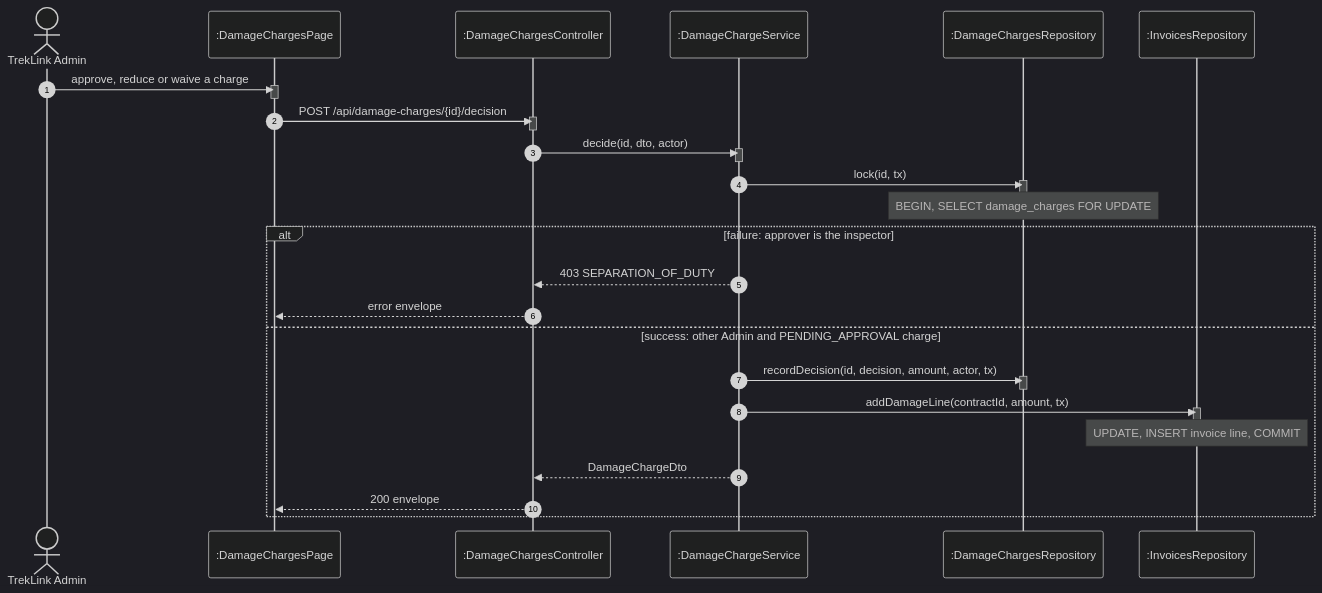
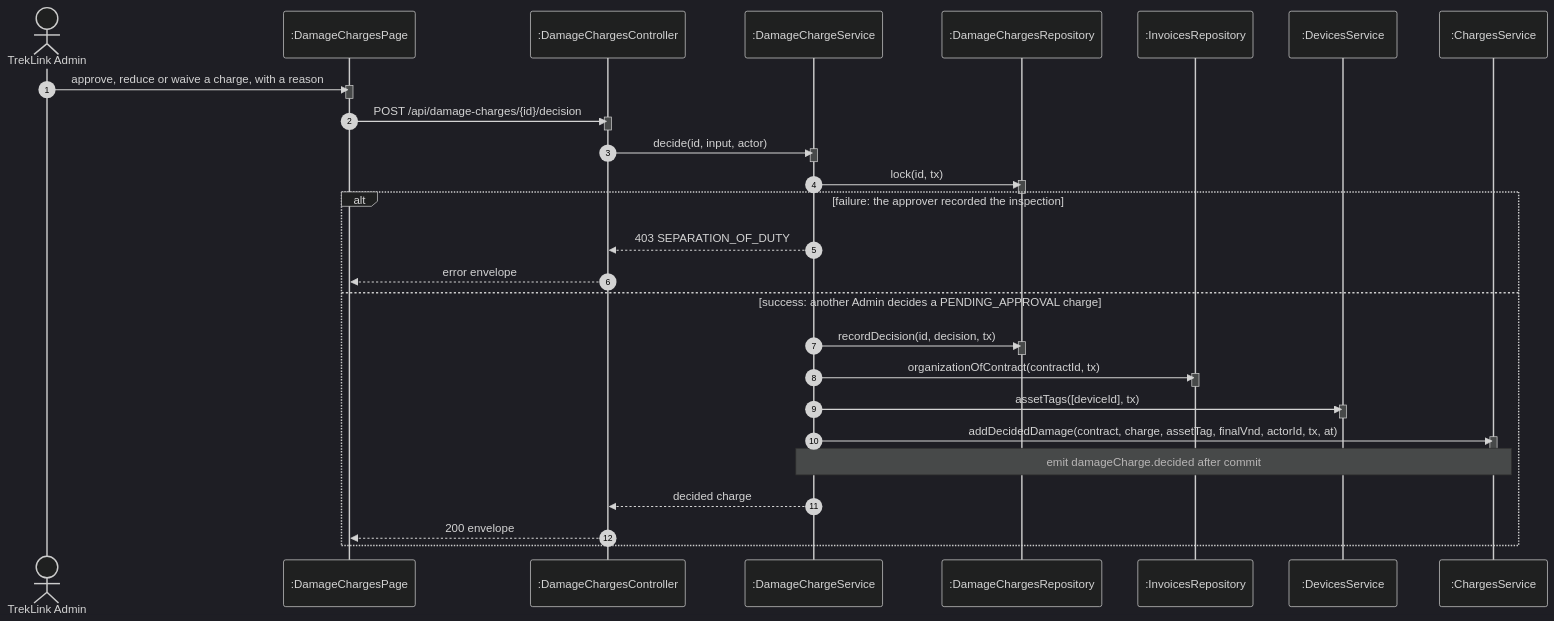
One commit to TrekLink-Team/treklink-web changed diagram 12 of 17 in specs/billing/design.md. Above: the diagram before and after it, drawn with Mermaid (dark theme). The commit also changed other lines of this file and 34 other files, not shown here.

First line of the commit message:
feat(TK-161): damage charge decision on the charge's own contract and inspector (UC-48, D-081)

````diff
--- a/specs/billing/design.md
+++ b/specs/billing/design.md
@@ -501,37 +517,44 @@
 ```mermaid
 sequenceDiagram
     autonumber
     actor Ad as TrekLink Admin
     participant P as :DamageChargesPage
     participant C as :DamageChargesController
     participant S as :DamageChargeService
     participant R as :DamageChargesRepository
     participant IR as :InvoicesRepository
-    Ad->>P: approve, reduce or waive a charge
+    participant D as :DevicesService
+    participant Ch as :ChargesService
+    Ad->>P: approve, reduce or waive a charge, with a reason
     activate P
     deactivate P
     P->>C: POST /api/damage-charges/{id}/decision
     activate C
     deactivate C
-    C->>S: decide(id, dto, actor)
+    C->>S: decide(id, input, actor)
     activate S
     deactivate S
     S->>R: lock(id, tx)
     activate R
     deactivate R
-    Note over R: BEGIN, SELECT damage_charges FOR UPDATE
-    alt failure: approver is the inspector
+    alt failure: the approver recorded the inspection
         S-->>C: 403 SEPARATION_OF_DUTY
         C-->>P: error envelope
-    else success: other Admin and PENDING_APPROVAL charge
-    S->>R: recordDecision(id, decision, amount, actor, tx)
-    activate R
-    deactivate R
-    S->>IR: addDamageLine(contractId, amount, tx)
-    activate IR
-    deactivate IR
-    Note over IR: UPDATE, INSERT invoice line, COMMIT
-    S-->>C: DamageChargeDto
-    C-->>P: 200 envelope
+    else success: another Admin decides a PENDING_APPROVAL charge
+        S->>R: recordDecision(id, decision, tx)
+        activate R
+        deactivate R
+        S->>IR: organizationOfContract(contractId, tx)
+        activate IR
+        deactivate IR
+        S->>D: assetTags([deviceId], tx)
+        activate D
+        deactivate D
+        S->>Ch: addDecidedDamage(contract, charge, assetTag, finalVnd, actorId, tx, at)
+        activate Ch
+        deactivate Ch
+        Note over S,Ch: emit damageCharge.decided after commit
+        S-->>C: decided charge
+        C-->>P: 200 envelope
     end
 ```
````
